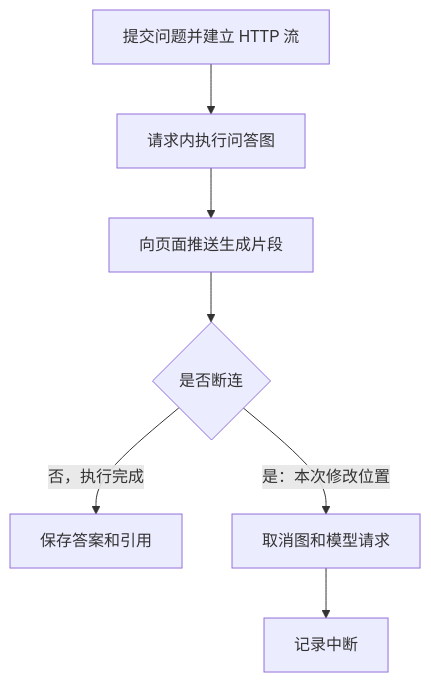
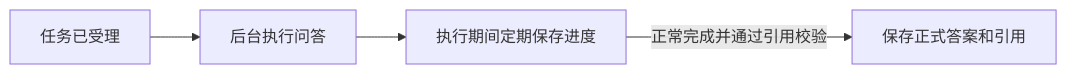
The first of 2 diagrams in docs/technical-plan-chat-reconnect.md (zjqylhy/it_helpdesk_rag), drawn with Mermaid before and after one commit. The commit also changed other lines of this file, not shown here.

Commit message:
docs: separate background execution from frontend viewing diagrams

````diff
--- a/docs/technical-plan-chat-reconnect.md
+++ b/docs/technical-plan-chat-reconnect.md
@@ -35,9 +39,6 @@
 ```mermaid
-flowchart TD
-    A[提交问题并建立 HTTP 流] --> B[请求内执行问答图]
-    B --> C[向页面推送生成片段]
-    C --> D{是否断连}
-    D -->|否，执行完成| E[保存答案和引用]
-    D -->|是：本次修改位置| F[取消图和模型请求]
-    F --> G[记录中断]
+flowchart LR
+    A[任务已受理] --> B[后台执行问答]
+    B --> C[执行期间定期保存进度]
+    C -->|正常完成并通过引用校验| D[保存正式答案和引用]
 ```
````
